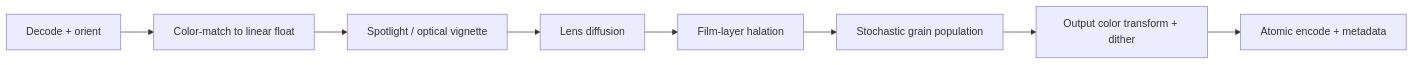
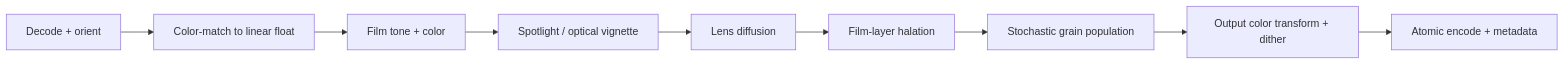
Before and after one commit to dmccullum/Granular: the first of 2 diagrams in docs/PRODUCT_PLAN.md, drawn with Mermaid. The commit also changed other lines of this file and 45 other files, not shown here.

````diff
--- a/docs/PRODUCT_PLAN.md
+++ b/docs/PRODUCT_PLAN.md
@@ -225,10 +228,11 @@
 ```mermaid
 flowchart LR
     A["Decode + orient"] --> B["Color-match to linear float"]
-    B --> C["Spotlight / optical vignette"]
-    C --> D["Lens diffusion"]
-    D --> E["Film-layer halation"]
-    E --> F["Stochastic grain population"]
-    F --> G["Output color transform + dither"]
-    G --> H["Atomic encode + metadata"]
+    B --> C["Film tone + color"]
+    C --> D["Spotlight / optical vignette"]
+    D --> E["Lens diffusion"]
+    E --> F["Film-layer halation"]
+    F --> G["Stochastic grain population"]
+    G --> H["Output color transform + dither"]
+    H --> I["Atomic encode + metadata"]
 ```
````
